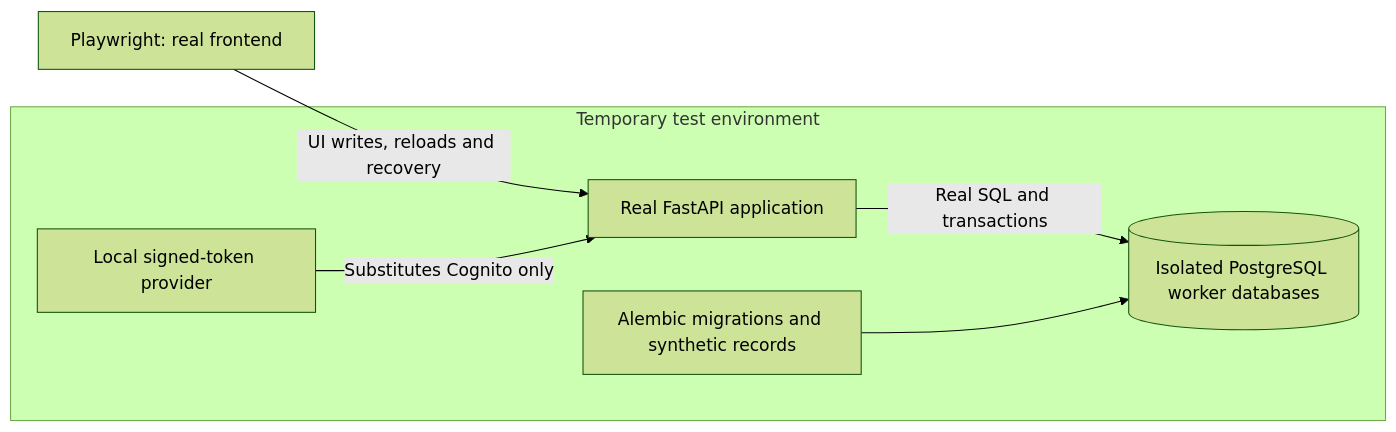
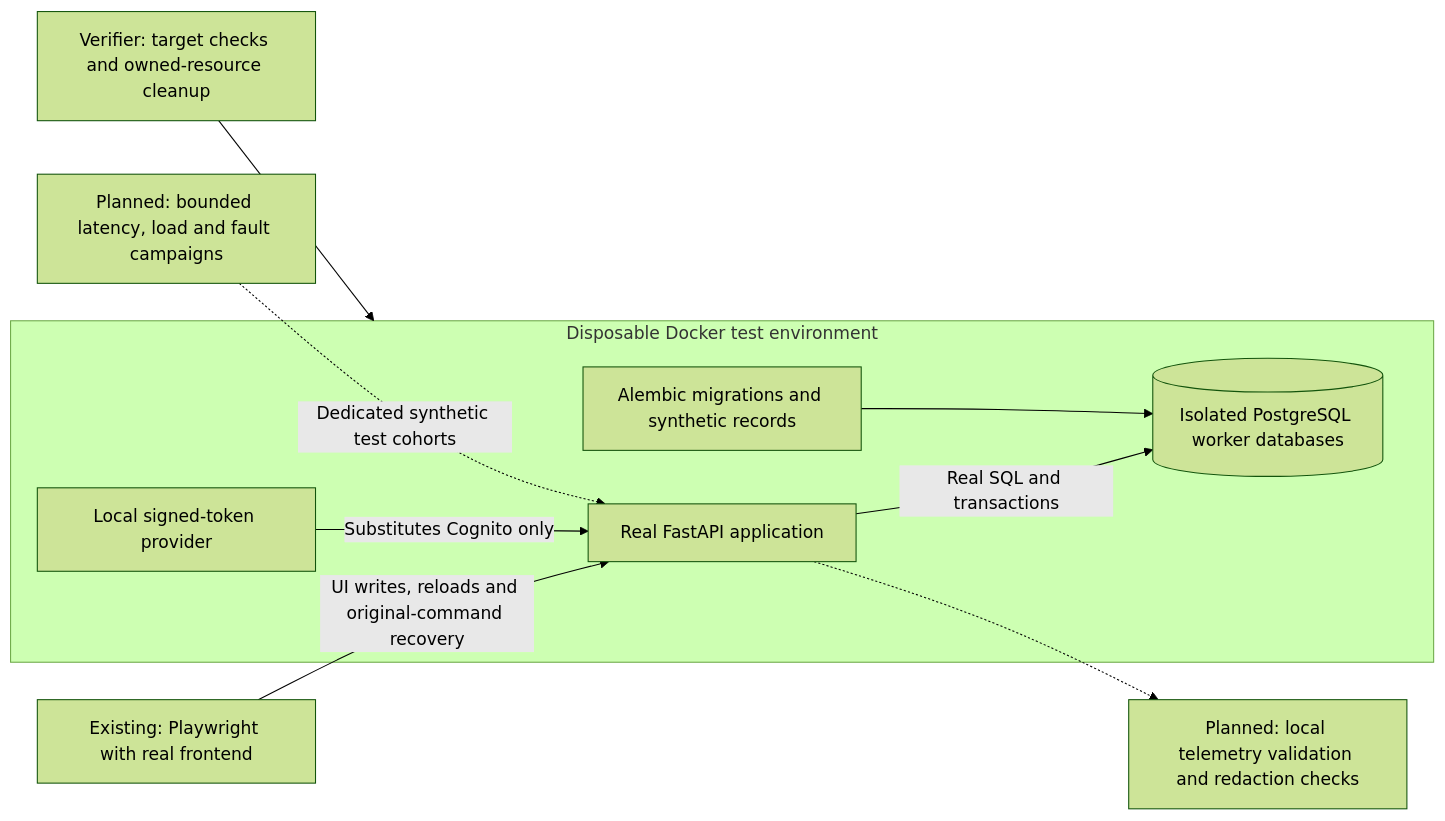
One commit to LimYouSheng/FitfinityReact changed the second of 3 diagrams in docs/Architecture/diagram.md. Above: the diagram before and after it, drawn with Mermaid (forest theme). The commit also changed other lines of this file and 5 other files, not shown here.

````diff
--- a/docs/Architecture/diagram.md
+++ b/docs/Architecture/diagram.md
@@ -32,14 +58,20 @@
 ```mermaid
 flowchart LR
-  Tests["Playwright: real frontend"]
-  subgraph Docker["Temporary test environment"]
+  Tests["Existing: Playwright with real frontend"]
+  subgraph Docker["Disposable Docker test environment"]
     API["Real FastAPI application"]
     Tokens["Local signed-token provider"]
     PG[("Isolated PostgreSQL worker databases")]
     Seed["Alembic migrations and synthetic records"]
   end
-  Tests -->|"UI writes, reloads and recovery"| API
+  Owner["Verifier: target checks and owned-resource cleanup"]
+  Load["Planned: bounded latency, load and fault campaigns"]
+  Telemetry["Planned: local telemetry validation and redaction checks"]
+  Tests -->|"UI writes, reloads and original-command recovery"| API
   Tokens -->|"Substitutes Cognito only"| API
   API -->|"Real SQL and transactions"| PG
   Seed --> PG
+  Owner --> Docker
+  Load -.->|"Dedicated synthetic test cohorts"| API
+  API -.-> Telemetry
 ```
````
